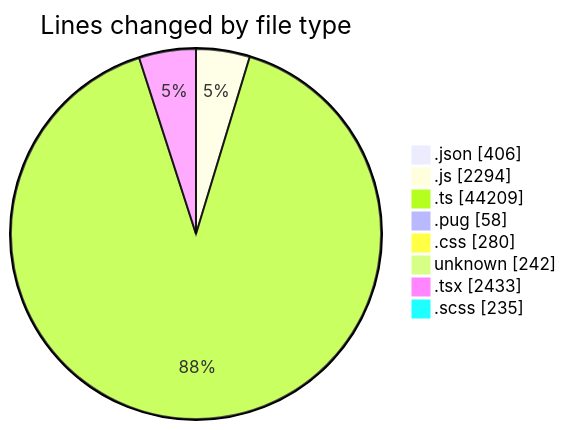
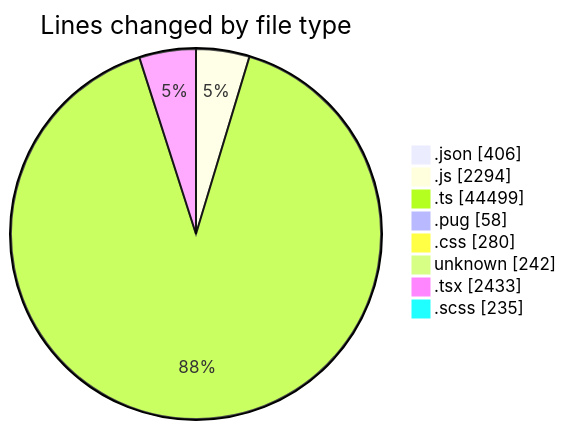
The first of 2 diagrams in 2026-06-02/cda/README.md (momahboobian/code-tracking), drawn with Mermaid before and after one commit. The commit also changed other lines of this file and 1 other file, not shown here.

````diff
--- a/2026-06-02/cda/README.md
+++ b/2026-06-02/cda/README.md
@@ -69,12 +69,12 @@
 ```mermaid
 pie showData
 title Lines changed by file type
 ".json" : 406
 ".js" : 2294
-".ts" : 44209
+".ts" : 44499
 ".pug" : 58
 ".css" : 280
 "unknown" : 242
 ".tsx" : 2433
 ".scss" : 235
 ```
````
